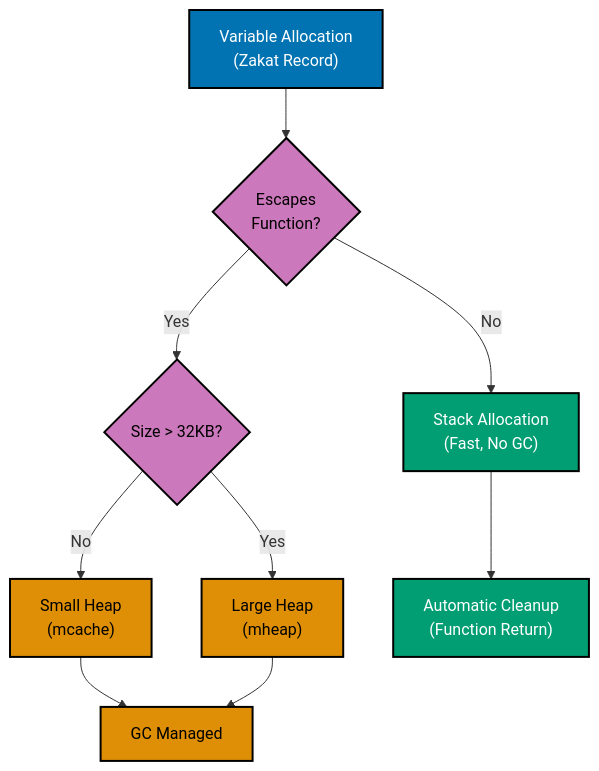
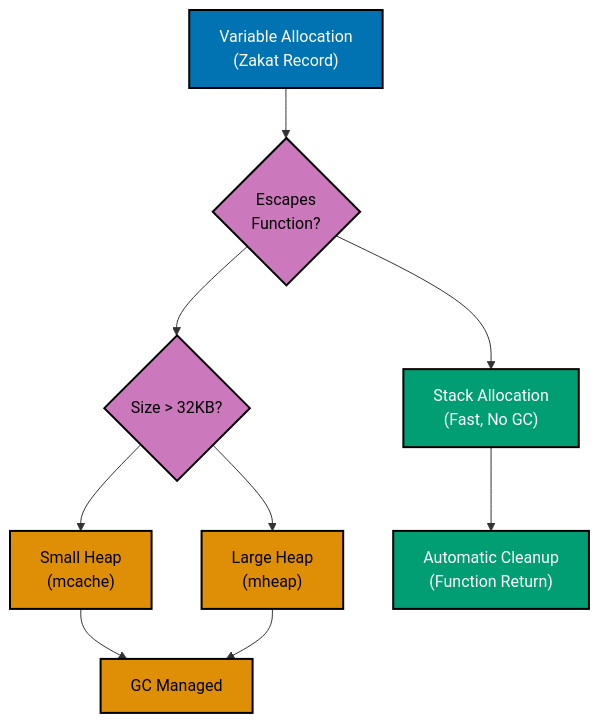
The fourth of 6 diagrams in docs/explanation/software-engineering/programming-languages/golang/performance-standards.md (wahidyankf/ose-primer), drawn with Mermaid before and after one commit. The commit also changed other lines of this file and 11 other files, not shown here.

Commit message:
fix(docs): fix mermaid violations in golang/ docs (batch 3/10)

````diff
--- a/docs/explanation/software-engineering/programming-languages/golang/performance-standards.md
+++ b/docs/explanation/software-engineering/programming-languages/golang/performance-standards.md
@@ -2434,20 +2434,28 @@
 ```mermaid
 %% Color Palette: Blue #0173B2, Orange #DE8F05, Teal #029E73, Purple #CC78BC
 %% All colors are color-blind friendly and meet WCAG AA contrast standards
 
 graph TD
-    A["Variable Allocation<br/>#40;Zakat Record#41;"]:::blue --> B{Escapes<br/>Function?}:::purple
-    B -->|No| C["Stack Allocation<br/>#40;Fast, No GC#41;"]:::teal
-    B -->|Yes| D{Size > 32KB?}:::purple
-    D -->|No| E["Small Heap<br/>#40;mcache#41;"]:::orange
-    D -->|Yes| F["Large Heap<br/>#40;mheap#41;"]:::orange
+    A["Variable Allocation<br/>#40;Zakat Record#41;"]:::blue
+    B{"Escapes<br/>Function?"}:::purple
+    C["Stack Allocation<br/>#40;Fast, No GC#41;"]:::teal
+    D{"Size > 32KB?"}:::purple
+    E["Small Heap<br/>#40;mcache#41;"]:::orange
+    F["Large Heap<br/>#40;mheap#41;"]:::orange
+    G["Automatic Cleanup<br/>#40;Function Return#41;"]:::teal
+    H["GC Managed"]:::orange
 
-    C --> G["Automatic Cleanup<br/>#40;Function Return#41;"]:::teal
-    E --> H["GC Managed"]:::orange
+    A --> B
+    B --> C
+    B --> D
+    D --> E
+    D --> F
+    C --> G
+    E --> H
     F --> H
 
     classDef blue fill:#0173B2,stroke:#000000,color:#FFFFFF,stroke-width:2px
     classDef orange fill:#DE8F05,stroke:#000000,color:#000000,stroke-width:2px
     classDef teal fill:#029E73,stroke:#000000,color:#FFFFFF,stroke-width:2px
     classDef purple fill:#CC78BC,stroke:#000000,color:#000000,stroke-width:2px
 ```
````
